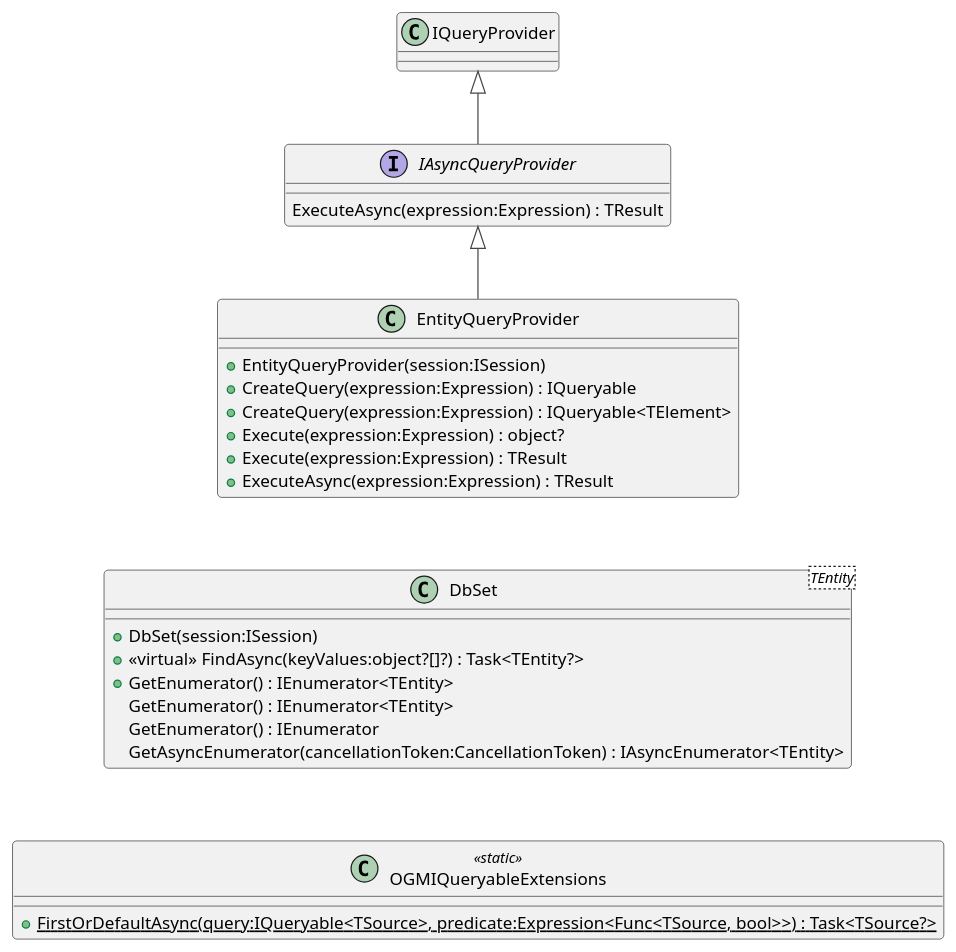
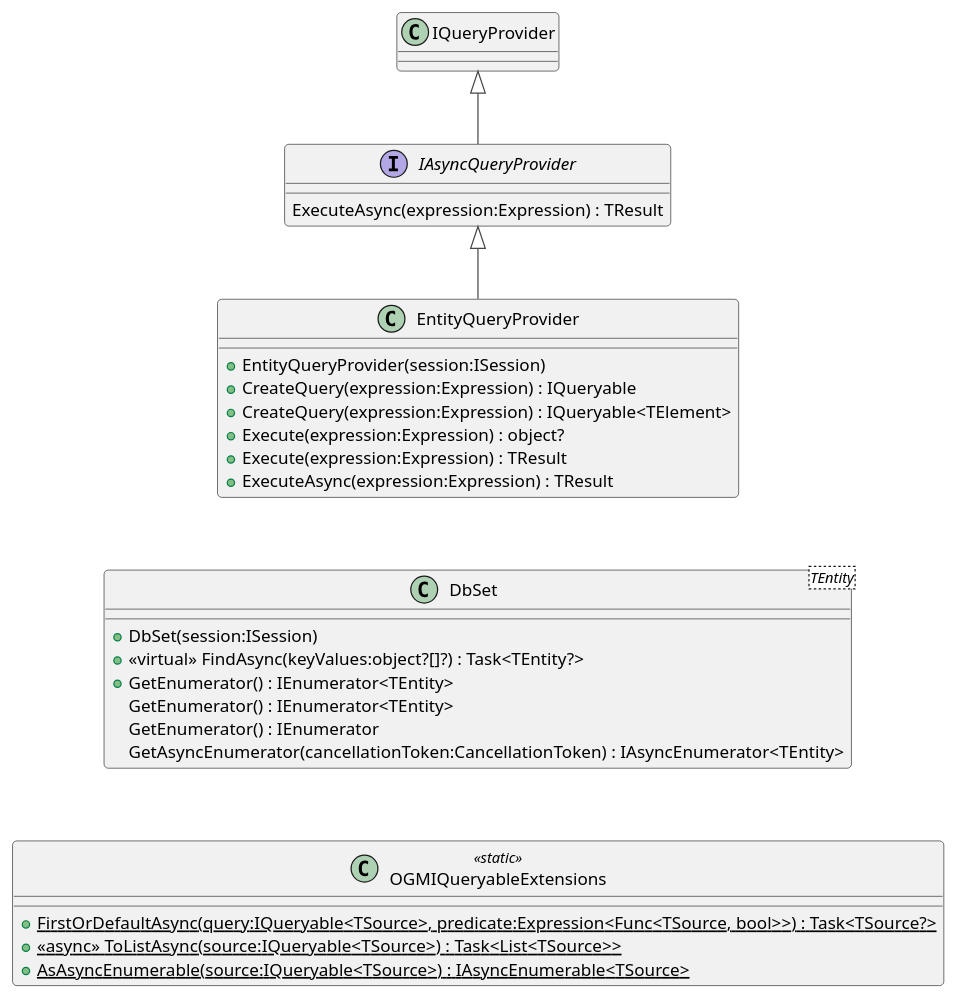
The diagram in content/queryprovider.puml (TomStary/masters-thesis), drawn with PlantUML before and after one commit. The commit also changed 5 other files, not shown here.

```diff
--- a/content/queryprovider.puml
+++ b/content/queryprovider.puml
@@ -1,35 +1,37 @@
 @startuml QueryProvider
 !theme vibrant
 
 interface IAsyncQueryProvider {
     ExecuteAsync(expression:Expression) : TResult
 }
 IQueryProvider <|-- IAsyncQueryProvider
 
 class EntityQueryProvider {
     + EntityQueryProvider(session:ISession)
     + CreateQuery(expression:Expression) : IQueryable
     + CreateQuery(expression:Expression) : IQueryable<TElement>
     + Execute(expression:Expression) : object?
     + Execute(expression:Expression) : TResult
     + ExecuteAsync(expression:Expression) : TResult
 }
 IAsyncQueryProvider <|-- EntityQueryProvider
 
 class "DbSet"<TEntity> {
     + DbSet(session:ISession)
     + <<virtual>> FindAsync(keyValues:object?[]?) : Task<TEntity?>
     + GetEnumerator() : IEnumerator<TEntity>
     GetEnumerator() : IEnumerator<TEntity>
     GetEnumerator() : IEnumerator
     GetAsyncEnumerator(cancellationToken:CancellationToken) : IAsyncEnumerator<TEntity>
 }
 
 class OGMIQueryableExtensions <<static>> {
     + {static} FirstOrDefaultAsync(query:IQueryable<TSource>, predicate:Expression<Func<TSource, bool>>) : Task<TSource?>
+    + {static} <<async>> ToListAsync(source:IQueryable<TSource>) : Task<List<TSource>>
+    + {static} AsAsyncEnumerable(source:IQueryable<TSource>) : IAsyncEnumerable<TSource>
 }
 
 DbSet -[hidden]-> OGMIQueryableExtensions
 EntityQueryProvider -[hidden]-> DbSet
 
 @enduml
```
